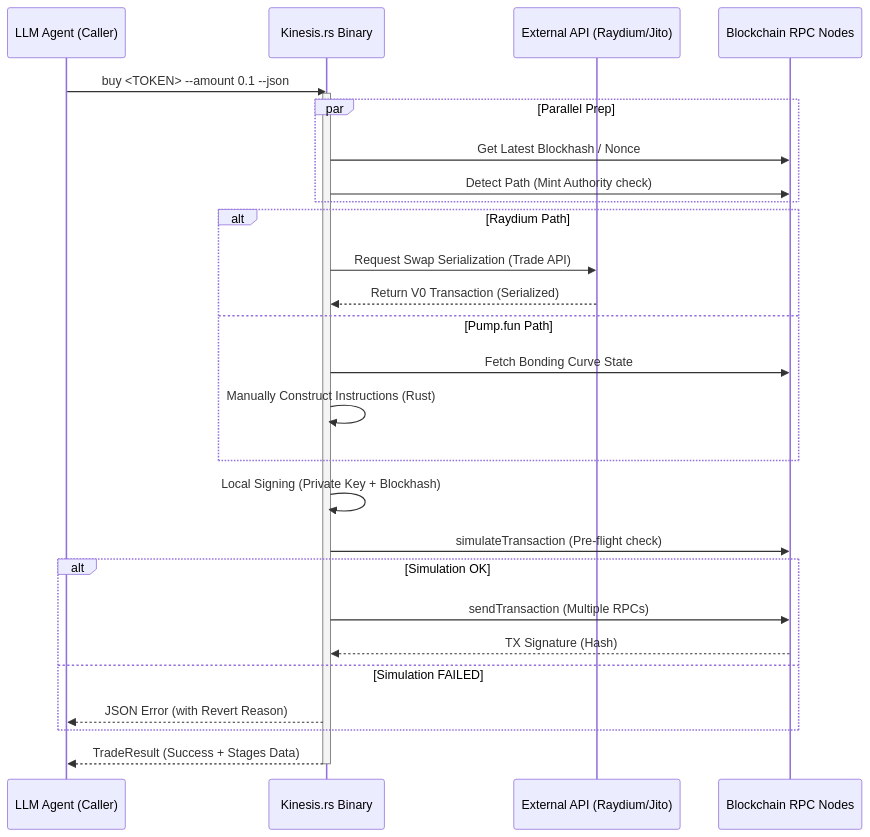
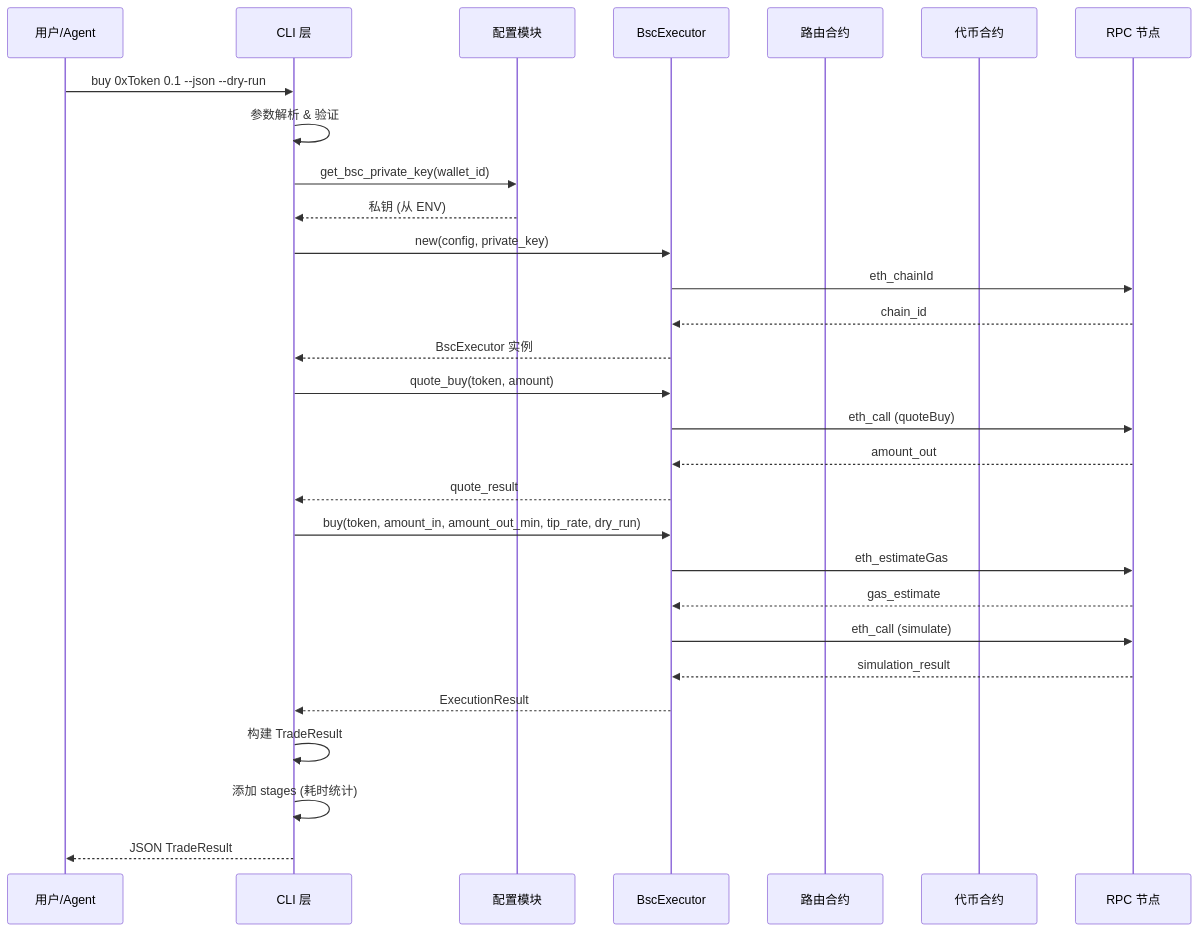
Before and after one commit to iweb3insight/KinesisRS: the fifth of 14 diagrams in docs/architecture.md, drawn with Mermaid. The commit also changed other lines of this file and 10 other files, not shown here.

````diff
--- a/docs/architecture.md
+++ b/docs/architecture.md
@@ -64,37 +257,38 @@
 ```mermaid
 sequenceDiagram
-    participant Agent as LLM Agent (Caller)
-    participant CLI as Kinesis.rs Binary
-    participant API as External API (Raydium/Jito)
-    participant RPC as Blockchain RPC Nodes
+    participant User as 用户/Agent
+    participant CLI as CLI 层
+    participant Config as 配置模块
+    participant Executor as BscExecutor
+    participant Router as 路由合约
+    participant Token as 代币合约
+    participant RPC as RPC 节点
 
-    Agent->>CLI: buy <TOKEN> --amount 0.1 --json
-    activate CLI
+    User->>CLI: buy 0xToken 0.1 --json --dry-run
+    CLI->>CLI: 参数解析 & 验证
     
-    par Parallel Prep
-        CLI->>RPC: Get Latest Blockhash / Nonce
-        CLI->>RPC: Detect Path (Mint Authority check)
-    end
-
-    alt Raydium Path
-        CLI->>API: Request Swap Serialization (Trade API)
-        API-->>CLI: Return V0 Transaction (Serialized)
-    else Pump.fun Path
-        CLI->>RPC: Fetch Bonding Curve State
-        CLI->>CLI: Manually Construct Instructions (Rust)
-    end
-
-    CLI->>CLI: Local Signing (Private Key + Blockhash)
+    CLI->>Config: get_bsc_private_key(wallet_id)
+    Config-->>CLI: 私钥 (从 ENV)
     
-    CLI->>RPC: simulateTransaction (Pre-flight check)
+    CLI->>Executor: new(config, private_key)
+    Executor->>RPC: eth_chainId
+    RPC-->>Executor: chain_id
+    Executor-->>CLI: BscExecutor 实例
     
-    alt Simulation OK
-        CLI->>RPC: sendTransaction (Multiple RPCs)
-        RPC-->>CLI: TX Signature (Hash)
-    else Simulation FAILED
-        CLI-->>Agent: JSON Error (with Revert Reason)
-    end
-
-    CLI-->>Agent: TradeResult (Success + Stages Data)
-    deactivate CLI
+    CLI->>Executor: quote_buy(token, amount)
+    Executor->>RPC: eth_call (quoteBuy)
+    RPC-->>Executor: amount_out
+    Executor-->>CLI: quote_result
+    
+    CLI->>Executor: buy(token, amount_in, amount_out_min, tip_rate, dry_run)
+    Executor->>RPC: eth_estimateGas
+    RPC-->>Executor: gas_estimate
+    Executor->>RPC: eth_call (simulate)
+    RPC-->>Executor: simulation_result
+    
+    Executor-->>CLI: ExecutionResult
+    
+    CLI->>CLI: 构建 TradeResult
+    CLI->>CLI: 添加 stages (耗时统计)
+    CLI-->>User: JSON TradeResult
 ```
````
